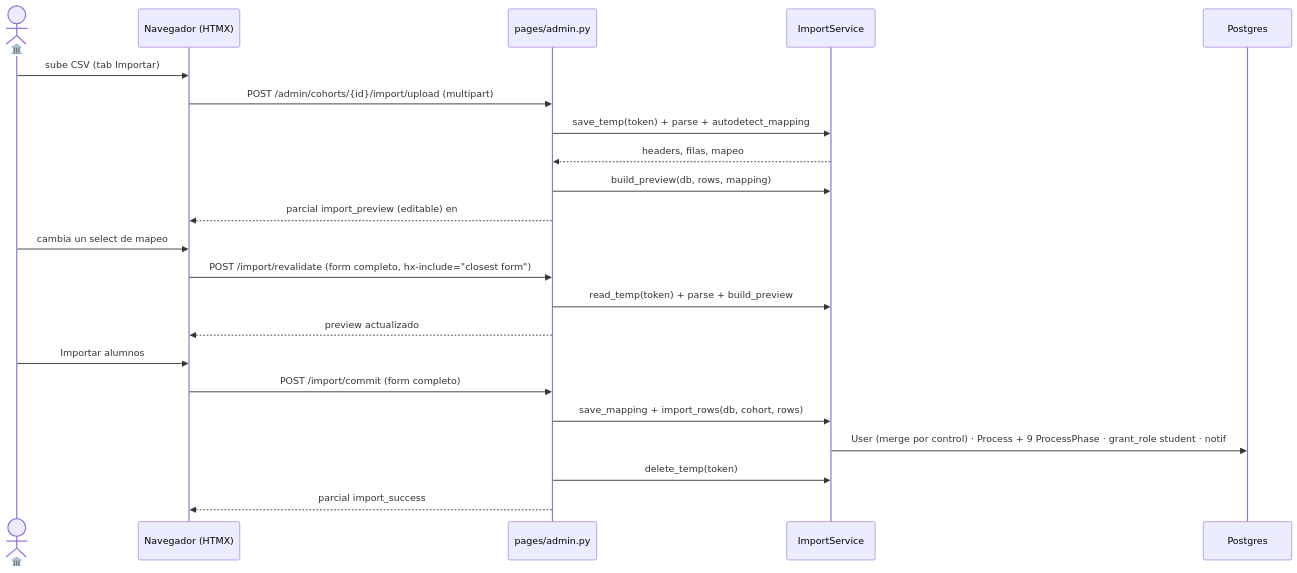
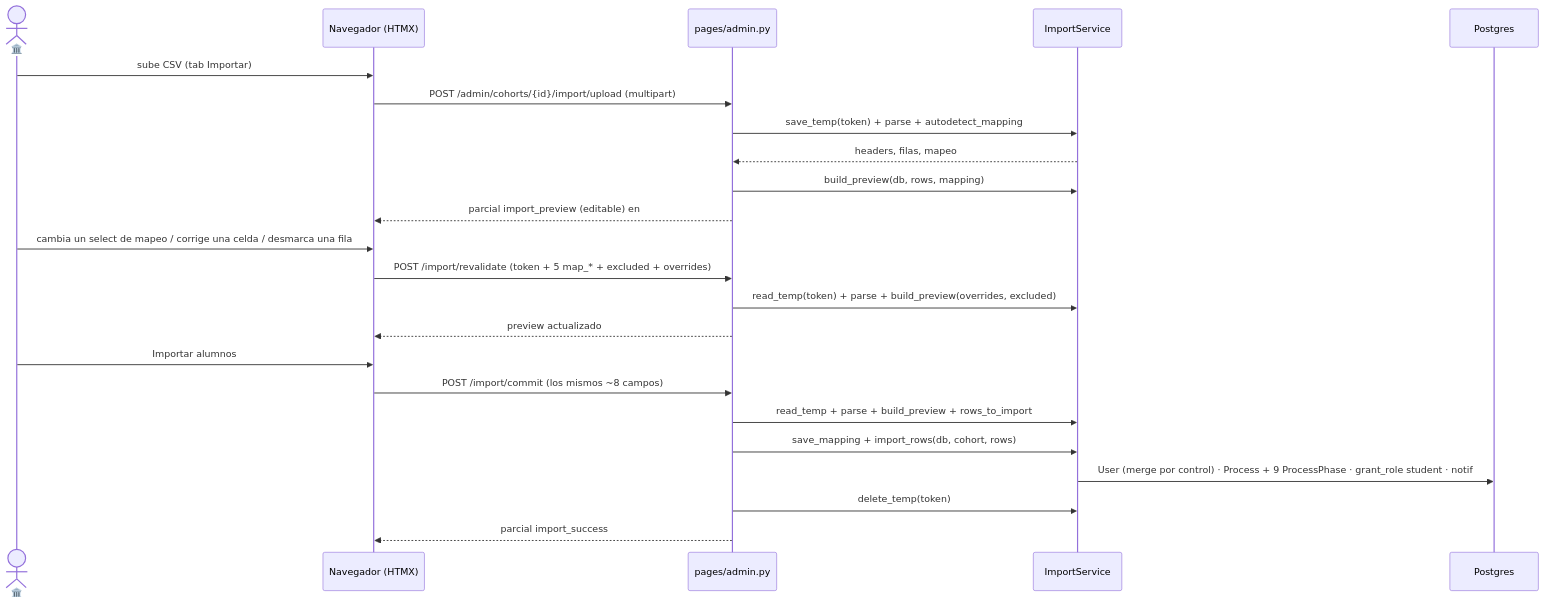
One commit to Erne1357/itcj changed the diagram in itcj2/apps/titulatec/docs/flows/phase0_school_services_import_csv.md. Above: the diagram before and after it, drawn with Mermaid. The commit also changed other lines of this file and 23 other files, not shown here.

````diff
--- a/itcj2/apps/titulatec/docs/flows/phase0_school_services_import_csv.md
+++ b/itcj2/apps/titulatec/docs/flows/phase0_school_services_import_csv.md
@@ -35,24 +36,25 @@
 ```mermaid
 sequenceDiagram
     actor S as 🏛️
     participant FE as Navegador (HTMX)
     participant API as pages/admin.py
     participant IS as ImportService
     participant DB as Postgres
     S->>FE: sube CSV (tab Importar)
     FE->>API: POST /admin/cohorts/{id}/import/upload (multipart)
     API->>IS: save_temp(token) + parse + autodetect_mapping
     IS-->>API: headers, filas, mapeo
     API->>IS: build_preview(db, rows, mapping)
     API-->>FE: parcial import_preview (editable) en #import-body
-    S->>FE: cambia un select de mapeo
-    FE->>API: POST /import/revalidate (form completo, hx-include="closest form")
-    API->>IS: read_temp(token) + parse + build_preview
+    S->>FE: cambia un select de mapeo / corrige una celda / desmarca una fila
+    FE->>API: POST /import/revalidate (token + 5 map_* + excluded + overrides)
+    API->>IS: read_temp(token) + parse + build_preview(overrides, excluded)
     API-->>FE: preview actualizado
     S->>FE: Importar alumnos
-    FE->>API: POST /import/commit (form completo)
+    FE->>API: POST /import/commit (los mismos ~8 campos)
+    API->>IS: read_temp + parse + build_preview + rows_to_import
     API->>IS: save_mapping + import_rows(db, cohort, rows)
     IS->>DB: User (merge por control) · Process + 9 ProcessPhase · grant_role student · notif
     API->>IS: delete_temp(token)
     API-->>FE: parcial import_success
 ```
````
